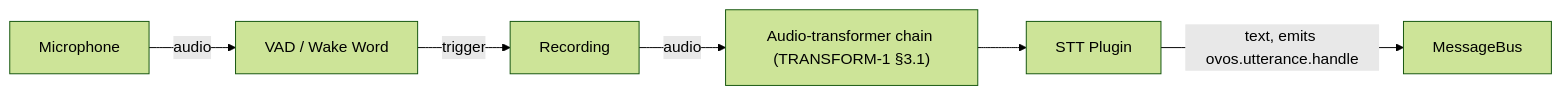
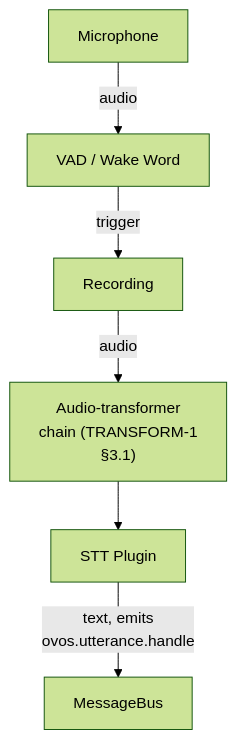
Before and after one commit to OpenVoiceOS/beta-technical-manual: the diagram in docs/speech-service.md, drawn with Mermaid (forest theme). The commit also changed 19 other files, not shown here.

First line of the commit message:
docs: fit diagrams to the content column; arena live URL

````diff
--- a/docs/speech-service.md
+++ b/docs/speech-service.md
@@ -50,8 +50,8 @@
 ```mermaid
-flowchart LR
+flowchart TD
     Mic[Microphone] -->|audio| VADWW[VAD / Wake Word]
     VADWW -->|trigger| Rec[Recording]
-    Rec -->|audio| XForm["Audio-transformer chain (TRANSFORM-1 §3.1)"]
+    Rec -->|audio| XForm["Audio-transformer<br/>chain (TRANSFORM-1<br/>§3.1)"]
     XForm --> STT[STT Plugin]
-    STT -->|text, emits ovos.utterance.handle| Bus[MessageBus]
+    STT -->|"text, emits<br/>ovos.utterance.handle"| Bus[MessageBus]
 ```
````
